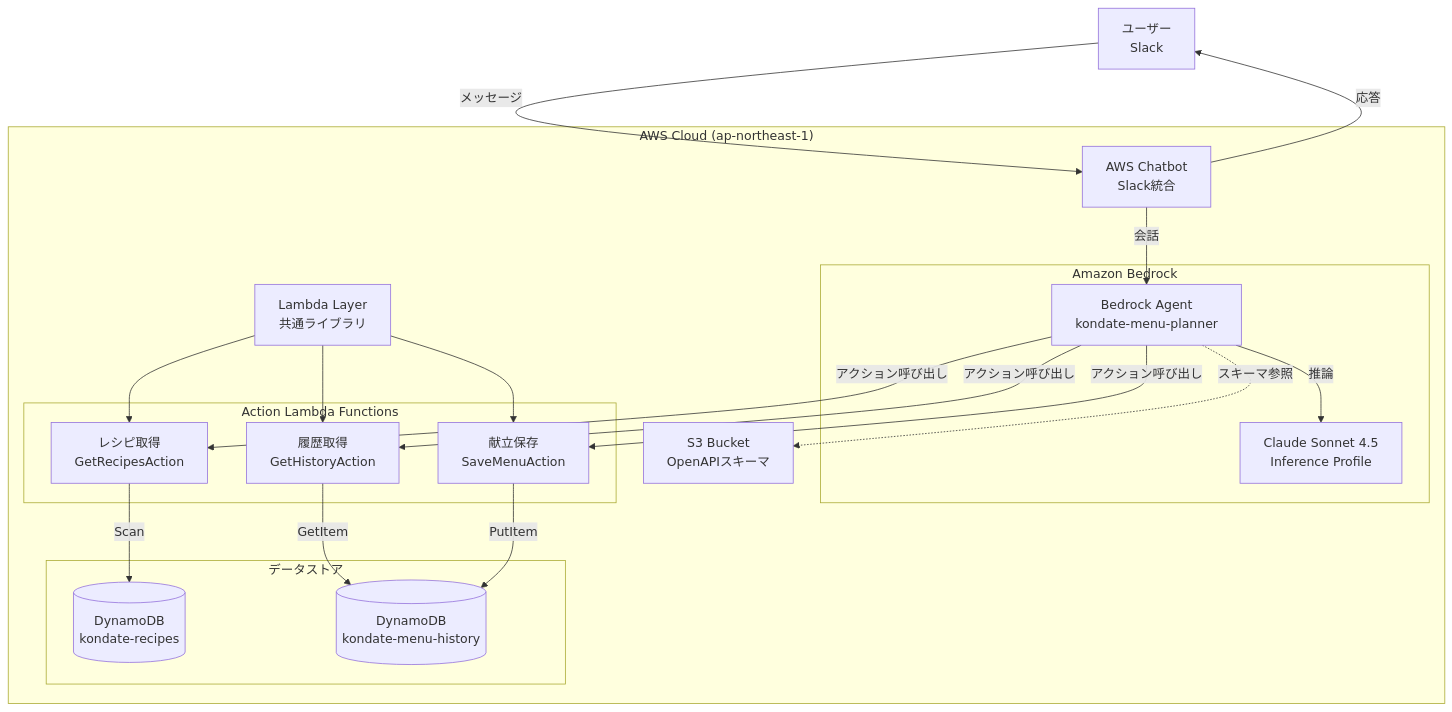
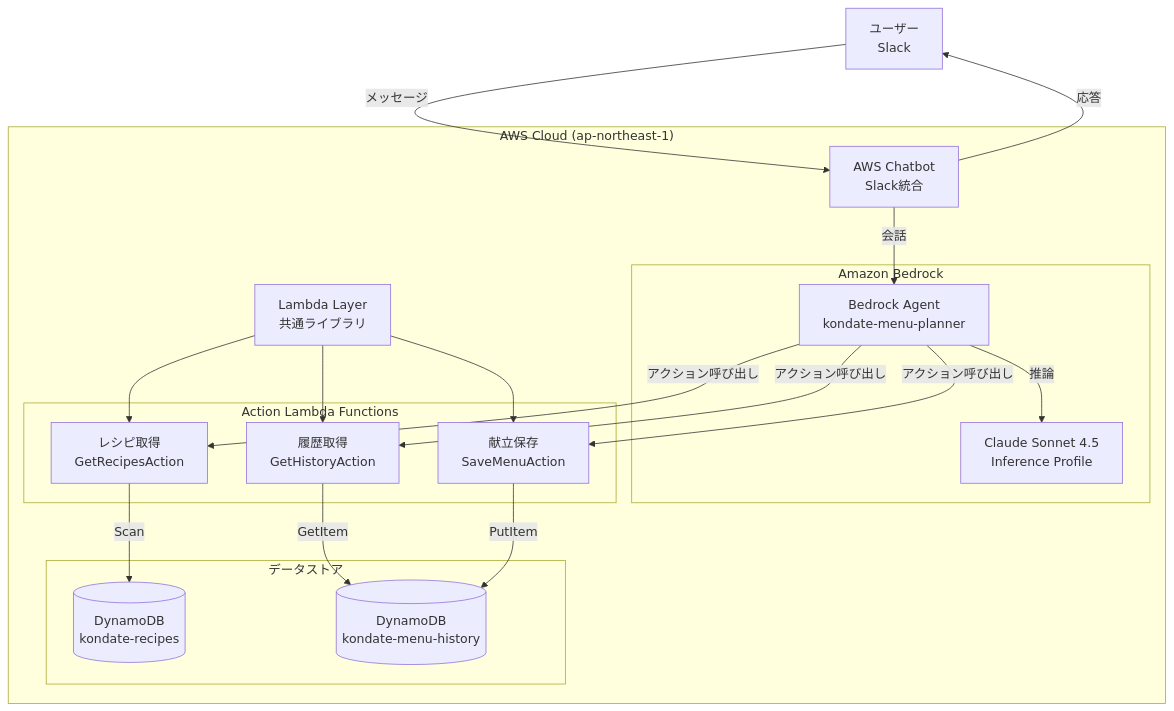
The first of 2 diagrams in README.md (takuya29/kondate-planner), drawn with Mermaid before and after one commit. The commit also changed other lines of this file, not shown here.

Commit message:
Align README.md with current architecture (#35)

````diff
--- a/README.md
+++ b/README.md
@@ -16,48 +16,44 @@
 ```mermaid
 graph TB
     User[ユーザー<br/>Slack]
 
     subgraph AWS["AWS Cloud (ap-northeast-1)"]
         Chatbot[AWS Chatbot<br/>Slack統合]
 
         subgraph Bedrock["Amazon Bedrock"]
             Agent[Bedrock Agent<br/>kondate-menu-planner]
             Claude[Claude Sonnet 4.5<br/>Inference Profile]
         end
 
         LambdaLayer[Lambda Layer<br/>共通ライブラリ]
 
         subgraph Lambda["Action Lambda Functions"]
             GetRecipes[レシピ取得<br/>GetRecipesAction]
             GetHistory[履歴取得<br/>GetHistoryAction]
             SaveMenu[献立保存<br/>SaveMenuAction]
         end
 
         subgraph Storage["データストア"]
             RecipesDB[(DynamoDB<br/>kondate-recipes)]
             HistoryDB[(DynamoDB<br/>kondate-menu-history)]
         end
-
-        S3[S3 Bucket<br/>OpenAPIスキーマ]
     end
 
     User -->|メッセージ| Chatbot
     Chatbot -->|会話| Agent
 
     Agent -->|推論| Claude
     Agent -->|アクション呼び出し| GetRecipes
     Agent -->|アクション呼び出し| GetHistory
     Agent -->|アクション呼び出し| SaveMenu
-
-    Agent -.->|スキーマ参照| S3
 
     LambdaLayer --> GetRecipes
     LambdaLayer --> GetHistory
     LambdaLayer --> SaveMenu
 
     GetRecipes -->|Scan| RecipesDB
     GetHistory -->|GetItem| HistoryDB
     SaveMenu -->|PutItem| HistoryDB
 
     Chatbot -->|応答| User
 ```
````
